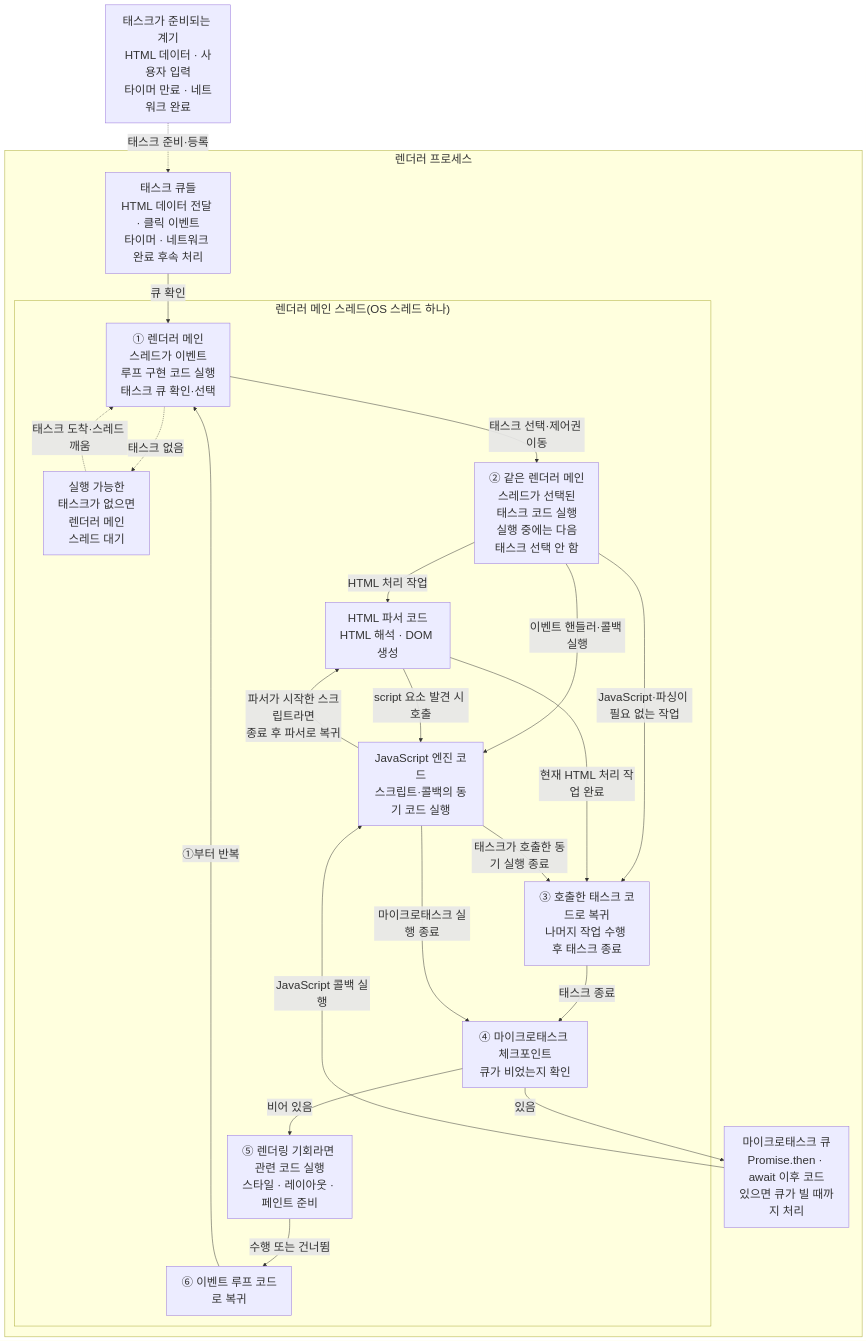
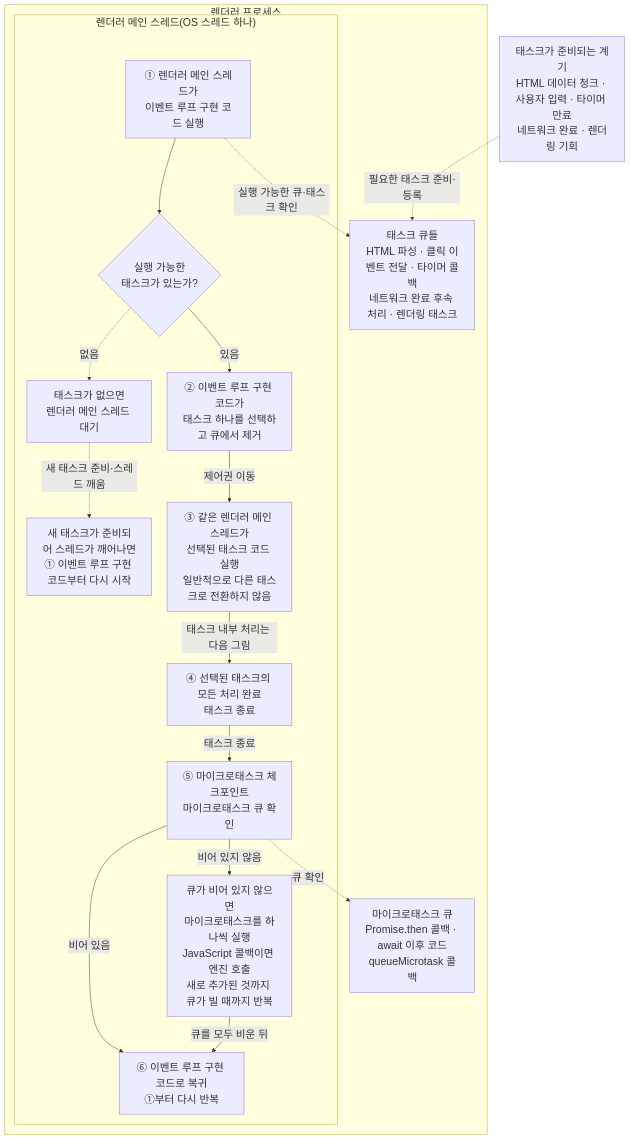
One commit to lee-gimoon/futures-paper-trading changed the second of 3 diagrams in docs/frontend-study/06-main-thread-call-stack-and-event-loop.md. Above: the diagram before and after it, drawn with Mermaid. The commit also changed other lines of this file, not shown here.

Commit message:
docs: correct event loop and main thread flow

````diff
--- a/docs/frontend-study/06-main-thread-call-stack-and-event-loop.md
+++ b/docs/frontend-study/06-main-thread-call-stack-and-event-loop.md
@@ -53,42 +62,37 @@
 ```mermaid
-%%{init: {"themeVariables": {"fontSize": "24px"}, "flowchart": {"nodeSpacing": 35, "rankSpacing": 45, "subGraphTitleMargin": {"top": 0, "bottom": 24}}}}%%
+%%{init: {"themeVariables": {"fontSize": "22px"}, "flowchart": {"nodeSpacing": 32, "rankSpacing": 42, "subGraphTitleMargin": {"top": 0, "bottom": 24}}}}%%
 flowchart TB
-  SOURCES["태스크가 준비되는 계기<br/>HTML 데이터 · 사용자 입력<br/>타이머 만료 · 네트워크 완료"]
+  SOURCES["태스크가 준비되는 계기<br/>HTML 데이터 청크 · 사용자 입력 · 타이머 만료<br/>네트워크 완료 · 렌더링 기회"]
 
   subgraph RENDERER["렌더러 프로세스"]
-    TQ["태스크 큐들<br/>HTML 데이터 전달 · 클릭 이벤트<br/>타이머 · 네트워크 완료 후속 처리"]
-    MQ["마이크로태스크 큐<br/>Promise.then · await 이후 코드<br/>있으면 큐가 빌 때까지 처리"]
+    TQ["태스크 큐들<br/>HTML 파싱 · 클릭 이벤트 전달 · 타이머 콜백<br/>네트워크 완료 후속 처리 · 렌더링 태스크"]
+    MQ["마이크로태스크 큐<br/>Promise.then 콜백 · await 이후 코드<br/>queueMicrotask 콜백"]
 
     subgraph MAIN["렌더러 메인 스레드(OS 스레드 하나)"]
-      EL["① 렌더러 메인<br/>스레드가 이벤트<br/>루프 구현 코드 실행<br/>태스크 큐 확인·선택"]
-      WAIT["실행 가능한<br/>태스크가 없으면<br/>렌더러 메인<br/>스레드 대기"]
-      TASK["② 같은 렌더러 메인<br/>스레드가 선택된<br/>태스크 코드 실행<br/>실행 중에는 다음<br/>태스크 선택 안 함"]
-      PARSER["HTML 파서 코드<br/>HTML 해석 · DOM 생성"]
-      JS["JavaScript 엔진 코드<br/>스크립트·콜백의 동기 코드 실행"]
-      TASK_RETURN["③ 호출한 태스크 코드로 복귀<br/>나머지 작업 수행 후 태스크 종료"]
-      CHECK["④ 마이크로태스크 체크포인트<br/>큐가 비었는지 확인"]
-      RENDER["⑤ 렌더링 기회라면 관련 코드 실행<br/>스타일 · 레이아웃 · 페인트 준비"]
-      RETURN["⑥ 이벤트 루프 코드로 복귀"]
+      EL["① 렌더러 메인 스레드가<br/>이벤트 루프 구현 코드 실행"]
+      HAS_TASK{"실행 가능한<br/>태스크가 있는가?"}
+      SELECT["② 이벤트 루프 구현 코드가<br/>태스크 하나를 선택하고 큐에서 제거"]
+      WAIT["태스크가 없으면<br/>렌더러 메인 스레드 대기"]
+      WAKE["새 태스크가 준비되어 스레드가 깨어나면<br/>① 이벤트 루프 구현 코드부터 다시 시작"]
+      TASK["③ 같은 렌더러 메인 스레드가<br/>선택된 태스크 코드 실행<br/>일반적으로 다른 태스크로 전환하지 않음"]
+      TASK_DONE["④ 선택된 태스크의 모든 처리 완료<br/>태스크 종료"]
+      CHECK["⑤ 마이크로태스크 체크포인트<br/>마이크로태스크 큐 확인"]
+      MICRO_JS["큐가 비어 있지 않으면<br/>마이크로태스크를 하나씩 실행<br/>JavaScript 콜백이면 엔진 호출<br/>새로 추가된 것까지 큐가 빌 때까지 반복"]
+      BACK["⑥ 이벤트 루프 구현 코드로 복귀<br/>①부터 다시 반복"]
     end
   end
 
-  SOURCES -.->|"태스크 준비·등록"| TQ
-  TQ -->|"큐 확인"| EL
-  EL -.->|"태스크 없음"| WAIT
-  WAIT -.->|"태스크 도착·스레드 깨움"| EL
-  EL -->|"태스크 선택·제어권 이동"| TASK
-  TASK -->|"HTML 처리 작업"| PARSER
-  TASK -->|"이벤트 핸들러·콜백 실행"| JS
-  TASK -->|"JavaScript·파싱이 필요 없는 작업"| TASK_RETURN
-  PARSER -->|"script 요소 발견 시 호출"| JS
-  JS -->|"파서가 시작한 스크립트라면<br/>종료 후 파서로 복귀"| PARSER
-  PARSER -->|"현재 HTML 처리 작업 완료"| TASK_RETURN
-  JS -->|"태스크가 호출한 동기 실행 종료"| TASK_RETURN
-  TASK_RETURN -->|"태스크 종료"| CHECK
-  CHECK -->|"있음"| MQ
-  MQ -->|"JavaScript 콜백 실행"| JS
-  JS -->|"마이크로태스크 실행 종료"| CHECK
-  CHECK -->|"비어 있음"| RENDER
-  RENDER -->|"수행 또는 건너뜀"| RETURN
-  RETURN -->|"①부터 반복"| EL
+  SOURCES -.->|"필요한 태스크 준비·등록"| TQ
+  EL -.->|"실행 가능한 큐·태스크 확인"| TQ
+  EL --> HAS_TASK
+  HAS_TASK -.->|"없음"| WAIT
+  WAIT -.->|"새 태스크 준비·스레드 깨움"| WAKE
+  HAS_TASK -->|"있음"| SELECT
+  SELECT -->|"제어권 이동"| TASK
+  TASK -->|"태스크 내부 처리는 다음 그림"| TASK_DONE
+  TASK_DONE -->|"태스크 종료"| CHECK
+  CHECK -.->|"큐 확인"| MQ
+  CHECK -->|"비어 있지 않음"| MICRO_JS
+  CHECK -->|"비어 있음"| BACK
+  MICRO_JS -->|"큐를 모두 비운 뒤"| BACK
 ```
````
